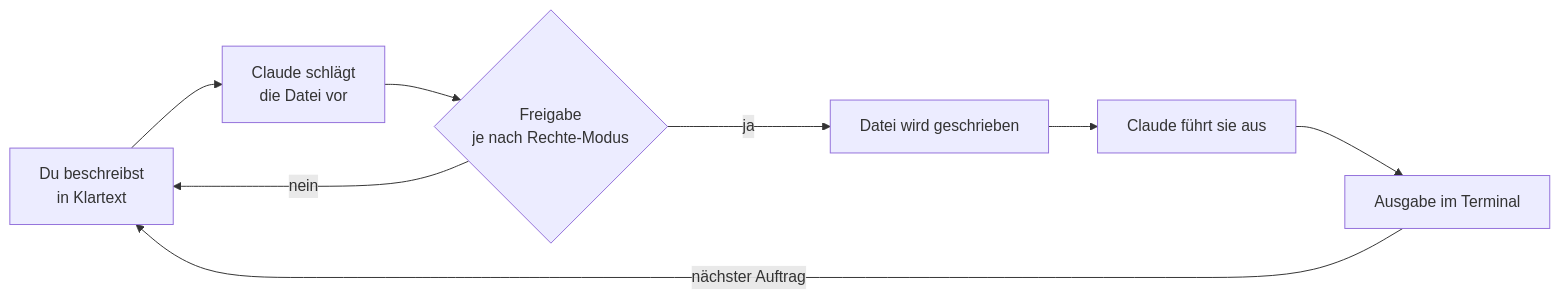
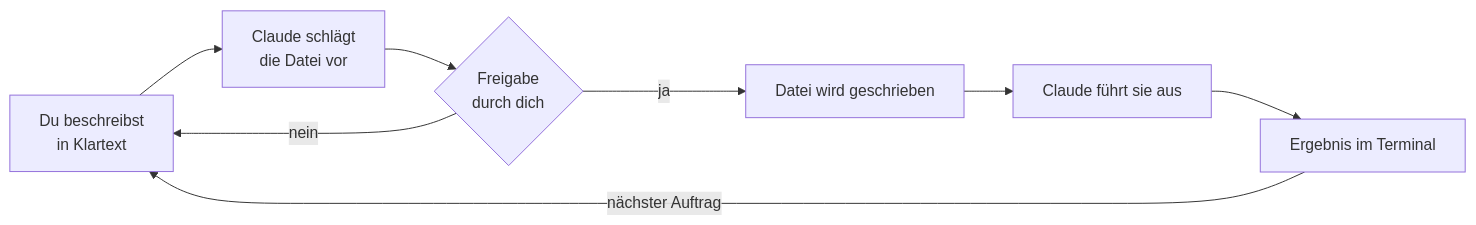
Before and after one commit to dynamic-dome/dynamic-workshop: the diagram in resources/library/s1-01-erster-kontakt.md, drawn with Mermaid. The commit also changed other lines of this file and 56 other files, not shown here.

````diff
--- a/resources/library/s1-01-erster-kontakt.md
+++ b/resources/library/s1-01-erster-kontakt.md
@@ -39,10 +42,10 @@
 ```mermaid
 flowchart LR
   A["Du beschreibst<br/>in Klartext"] --> B["Claude schlägt<br/>die Datei vor"]
-  B --> C{"Freigabe<br/>je nach Rechte-Modus"}
+  B --> C{"Freigabe<br/>durch dich"}
   C -- "ja" --> D["Datei wird geschrieben"]
   C -- "nein" --> A
   D --> E["Claude führt sie aus"]
-  E --> F["Ausgabe im Terminal"]
+  E --> F["Ergebnis im Terminal"]
   F -- "nächster Auftrag" --> A
 ```
````
